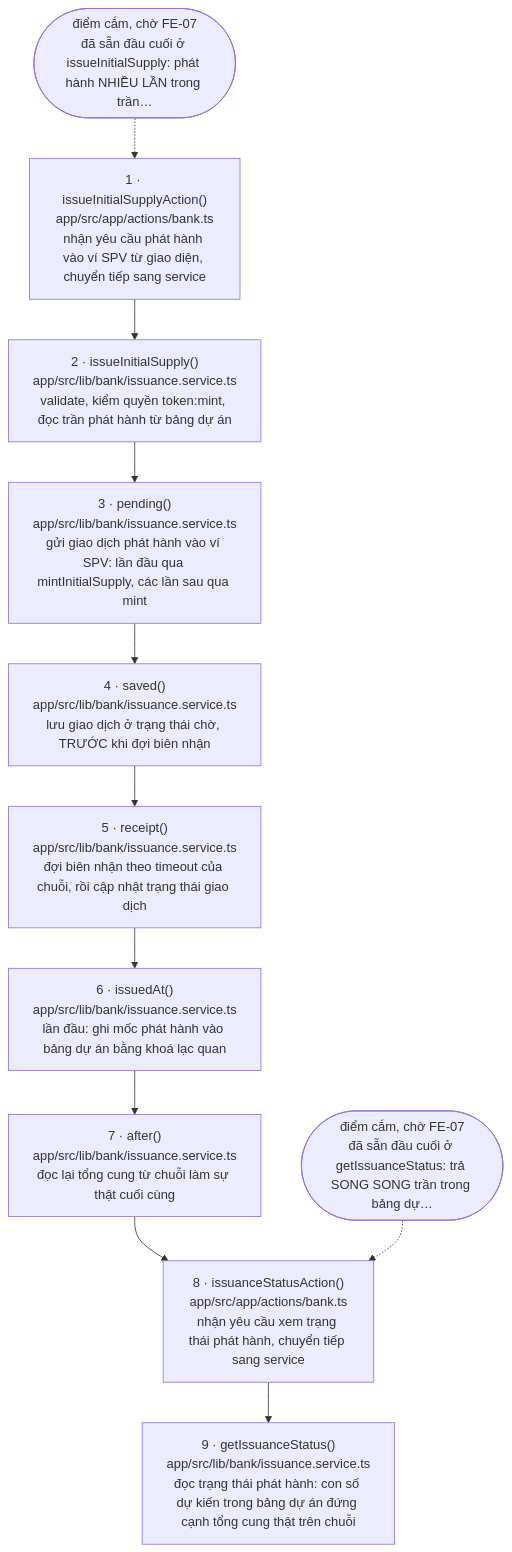
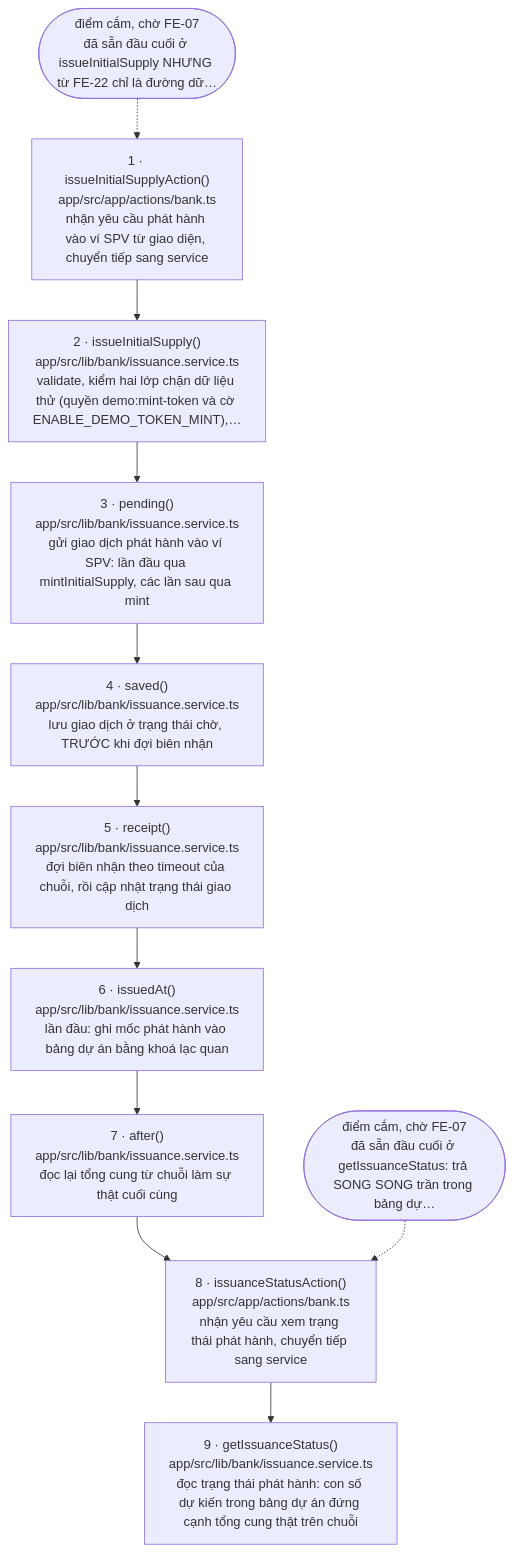
The diagram in docs/flows/issue.md (tuannino/bidv-rwa-tokenize), drawn with Mermaid before and after one commit. The commit also changed other lines of this file and 18 other files, not shown here.

First line of the commit message:
feat(fe-22): đóng đường đi vòng: gỡ token:mint, token:burn khỏi Giao dịch viên; tạo token trực tiếp chỉ còn cho dữ liệu thử sau hai lớp chặn demo:mint-token và cờ ENABLE_DEMO_TOKEN_MINT mặc định tắt; màn /mint chỉ giữ KYC và phát hành dữ liệu thử

````diff
--- a/docs/flows/issue.md
+++ b/docs/flows/issue.md
@@ -20,24 +20,24 @@
 ```mermaid
 flowchart TD
   s1["1 · issueInitialSupplyAction()<br/>app/src/app/actions/bank.ts<br/>nhận yêu cầu phát hành vào ví SPV từ giao diện, chuyển tiếp sang service"]
-  s2["2 · issueInitialSupply()<br/>app/src/lib/bank/issuance.service.ts<br/>validate, kiểm quyền token:mint, đọc trần phát hành từ bảng dự án"]
+  s2["2 · issueInitialSupply()<br/>app/src/lib/bank/issuance.service.ts<br/>validate, kiểm hai lớp chặn dữ liệu thử (quyền demo:mint-token và cờ ENABLE_DEMO_TOKEN_MINT),…"]
   s3["3 · pending()<br/>app/src/lib/bank/issuance.service.ts<br/>gửi giao dịch phát hành vào ví SPV: lần đầu qua mintInitialSupply, các lần sau qua mint"]
   s4["4 · saved()<br/>app/src/lib/bank/issuance.service.ts<br/>lưu giao dịch ở trạng thái chờ, TRƯỚC khi đợi biên nhận"]
   s5["5 · receipt()<br/>app/src/lib/bank/issuance.service.ts<br/>đợi biên nhận theo timeout của chuỗi, rồi cập nhật trạng thái giao dịch"]
   s6["6 · issuedAt()<br/>app/src/lib/bank/issuance.service.ts<br/>lần đầu: ghi mốc phát hành vào bảng dự án bằng khoá lạc quan"]
   s7["7 · after()<br/>app/src/lib/bank/issuance.service.ts<br/>đọc lại tổng cung từ chuỗi làm sự thật cuối cùng"]
   s8["8 · issuanceStatusAction()<br/>app/src/app/actions/bank.ts<br/>nhận yêu cầu xem trạng thái phát hành, chuyển tiếp sang service"]
   s9["9 · getIssuanceStatus()<br/>app/src/lib/bank/issuance.service.ts<br/>đọc trạng thái phát hành: con số dự kiến trong bảng dự án đứng cạnh tổng cung thật trên chuỗi"]
-  w1(["điểm cắm, chờ FE-07<br/>đã sẵn đầu cuối ở issueInitialSupply: phát hành NHIỀU LẦN trong trần…"])
+  w1(["điểm cắm, chờ FE-07<br/>đã sẵn đầu cuối ở issueInitialSupply NHƯNG từ FE-22 chỉ là đường dữ…"])
   w2(["điểm cắm, chờ FE-07<br/>đã sẵn đầu cuối ở getIssuanceStatus: trả SONG SONG trần trong bảng dự…"])
   s1 --> s2
   s2 --> s3
   s3 --> s4
   s4 --> s5
   s5 --> s6
   s6 --> s7
   s7 --> s8
   s8 --> s9
   w1 -.-> s1
   w2 -.-> s8
 ```
````
